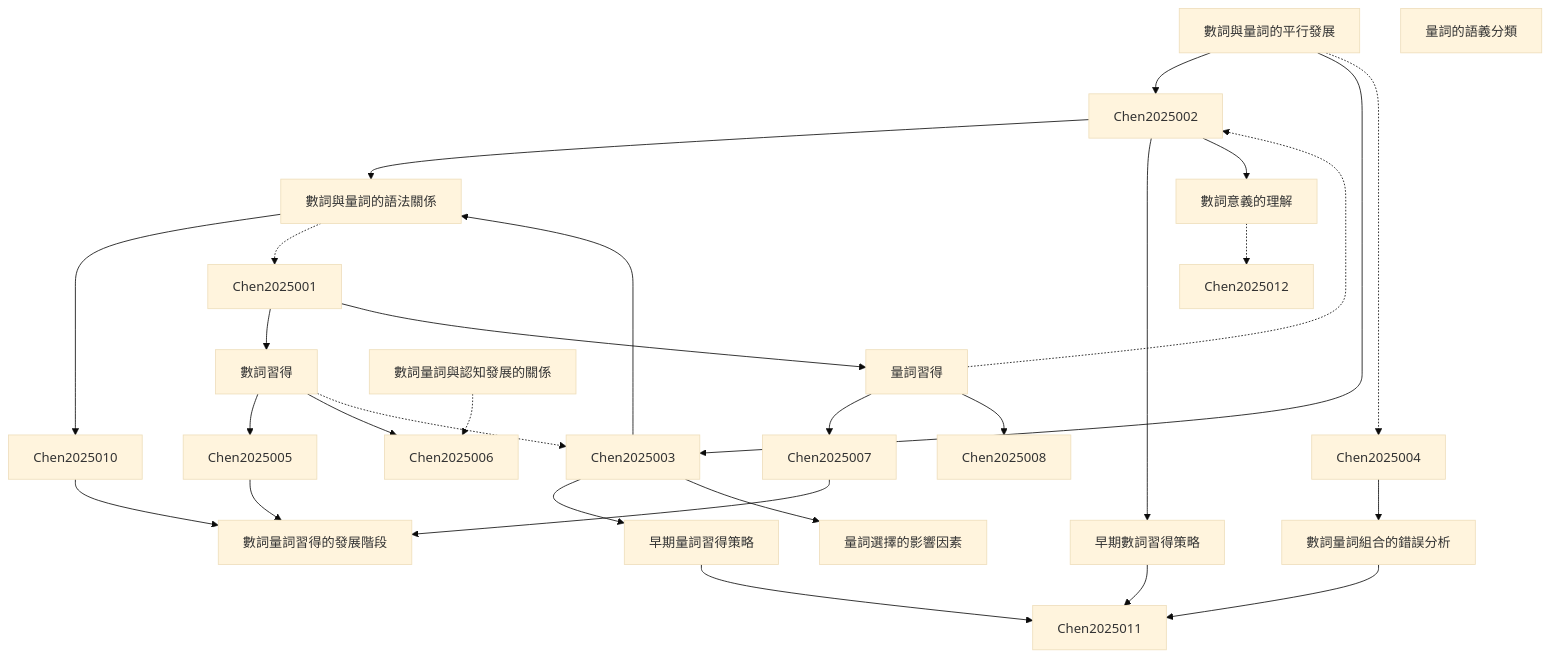
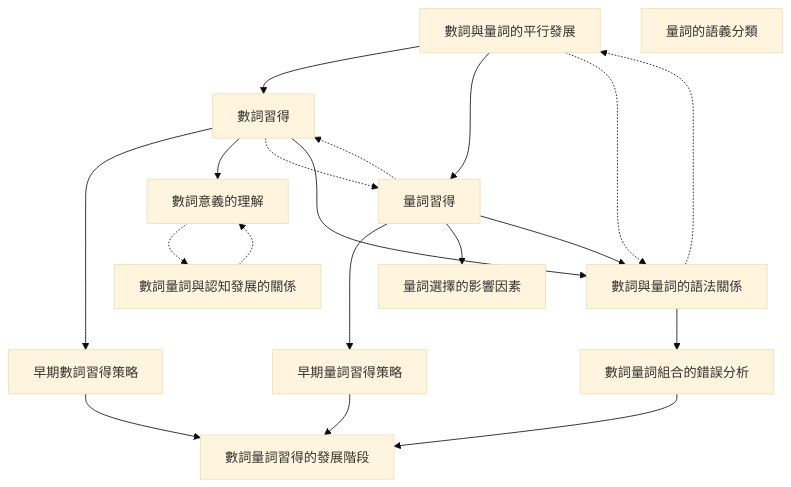
One commit to SCgeeker/Claude_Journal_Club_Agents changed the diagram in output/zettelkasten_notes/zettel_Chen-2025_20251104/zettel_index.md. Above: the diagram before and after it, drawn with Mermaid (base theme). The commit also changed 776 other files, not shown here.

````diff
--- a/output/zettelkasten_notes/zettel_Chen-2025_20251104/zettel_index.md
+++ b/output/zettelkasten_notes/zettel_Chen-2025_20251104/zettel_index.md
@@ -116,60 +116,45 @@
 
     Chen-2025-012["數詞量詞與認知發展的關係"]
 
-    Chen-2025-001 --> Chen2025002
+    Chen-2025-001 --> Chen-2025-002
 
-    Chen-2025-001 --> Chen2025003
+    Chen-2025-001 --> Chen-2025-003
 
-    Chen-2025-001 -.-> Chen2025004
+    Chen-2025-001 -.-> Chen-2025-004
 
-    Chen2025001 --> Chen-2025-002
 
-    Chen-2025-002 --> Chen2025005
+    Chen-2025-002 --> Chen-2025-005
 
-    Chen-2025-002 --> Chen2025006
+    Chen-2025-002 --> Chen-2025-006
 
-    Chen-2025-002 -.-> Chen2025003
+    Chen-2025-002 -.-> Chen-2025-003
 
-    Chen2025001 --> Chen-2025-003
 
-    Chen-2025-003 --> Chen2025007
+    Chen-2025-003 --> Chen-2025-007
 
-    Chen-2025-003 --> Chen2025008
+    Chen-2025-003 --> Chen-2025-008
 
-    Chen-2025-003 -.-> Chen2025002
+    Chen-2025-003 -.-> Chen-2025-002
 
-    Chen2025002 --> Chen-2025-004
+    Chen-2025-002 --> Chen-2025-004
 
-    Chen2025003 --> Chen-2025-004
+    Chen-2025-003 --> Chen-2025-004
 
-    Chen-2025-004 --> Chen2025010
+    Chen-2025-004 --> Chen-2025-010
 
-    Chen-2025-004 -.-> Chen2025001
+    Chen-2025-004 -.-> Chen-2025-001
 
-    Chen2025002 --> Chen-2025-005
 
-    Chen-2025-005 --> Chen2025011
+    Chen-2025-005 --> Chen-2025-011
 
-    Chen2025002 --> Chen-2025-006
 
-    Chen-2025-006 -.-> Chen2025012
+    Chen-2025-006 -.-> Chen-2025-012
 
-    Chen2025003 --> Chen-2025-007
 
-    Chen-2025-007 --> Chen2025011
+    Chen-2025-007 --> Chen-2025-011
 
-    Chen2025003 --> Chen-2025-008
+    Chen-2025-010 --> Chen-2025-011
 
-    Chen2025004 --> Chen-2025-010
-
-    Chen-2025-010 --> Chen2025011
-
-    Chen2025005 --> Chen-2025-011
-
-    Chen2025007 --> Chen-2025-011
-
-    Chen2025010 --> Chen-2025-011
-
-    Chen-2025-012 -.-> Chen2025006
+    Chen-2025-012 -.-> Chen-2025-006
 
 ```
````
